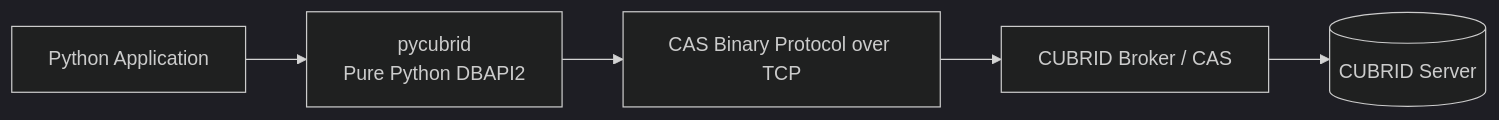
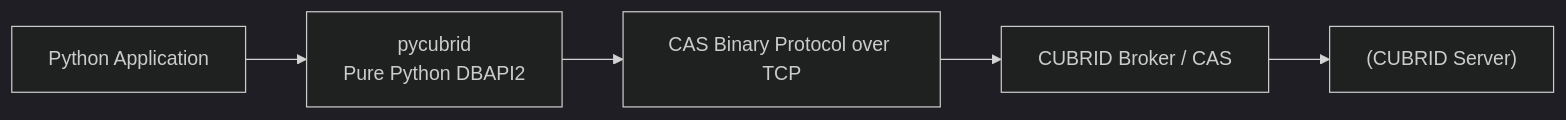
Before and after one commit to cubrid-lab/pycubrid: the first of 4 diagrams in docs/PERFORMANCE.md, drawn with Mermaid (dark theme). The commit also changed other lines of this file and 11 other files, not shown here.

First line of the commit message:
fix: quote mermaid labels to fix GitHub rendering (#212)

````diff
--- a/docs/PERFORMANCE.md
+++ b/docs/PERFORMANCE.md
@@ -23,7 +23,7 @@
 ```mermaid
 flowchart LR
     App[Python Application] --> Driver[pycubrid\nPure Python DBAPI2]
     Driver --> CAS[CAS Binary Protocol over TCP]
     CAS --> Broker[CUBRID Broker / CAS]
-    Broker --> Server[(CUBRID Server)]
+    Broker --> Server["(CUBRID Server)"]
 ```
````
